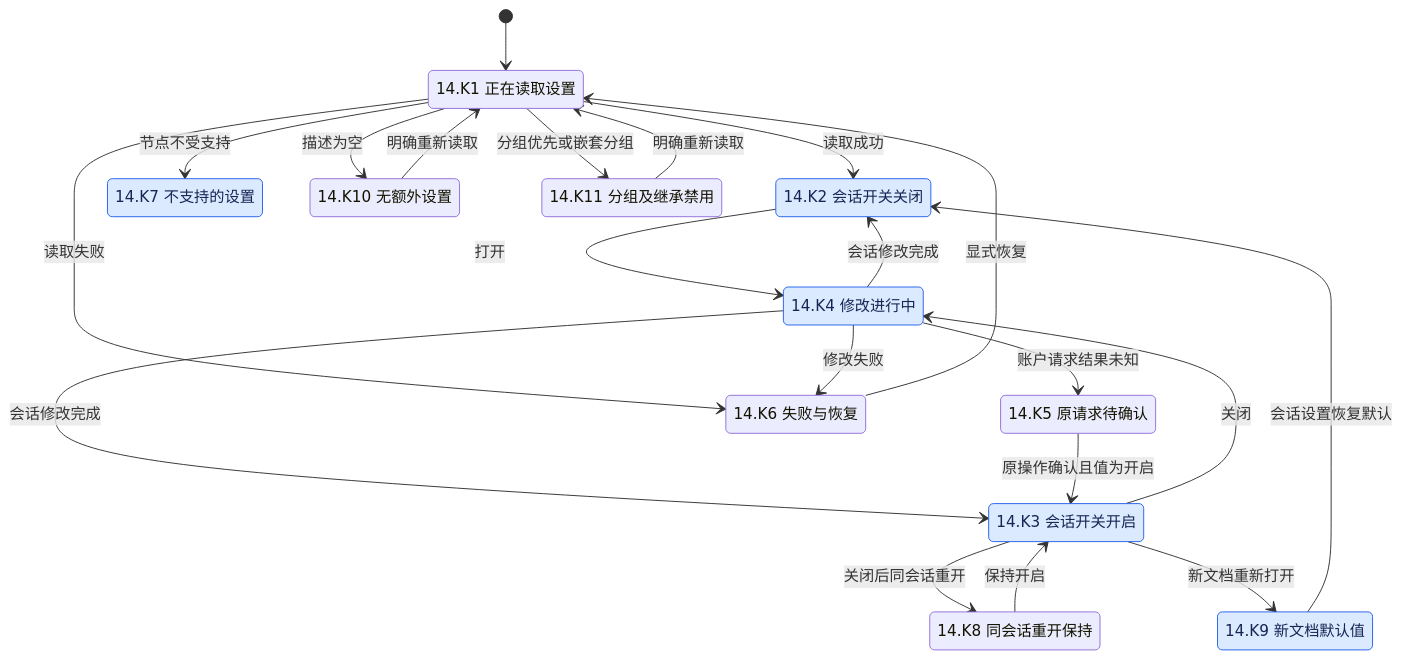
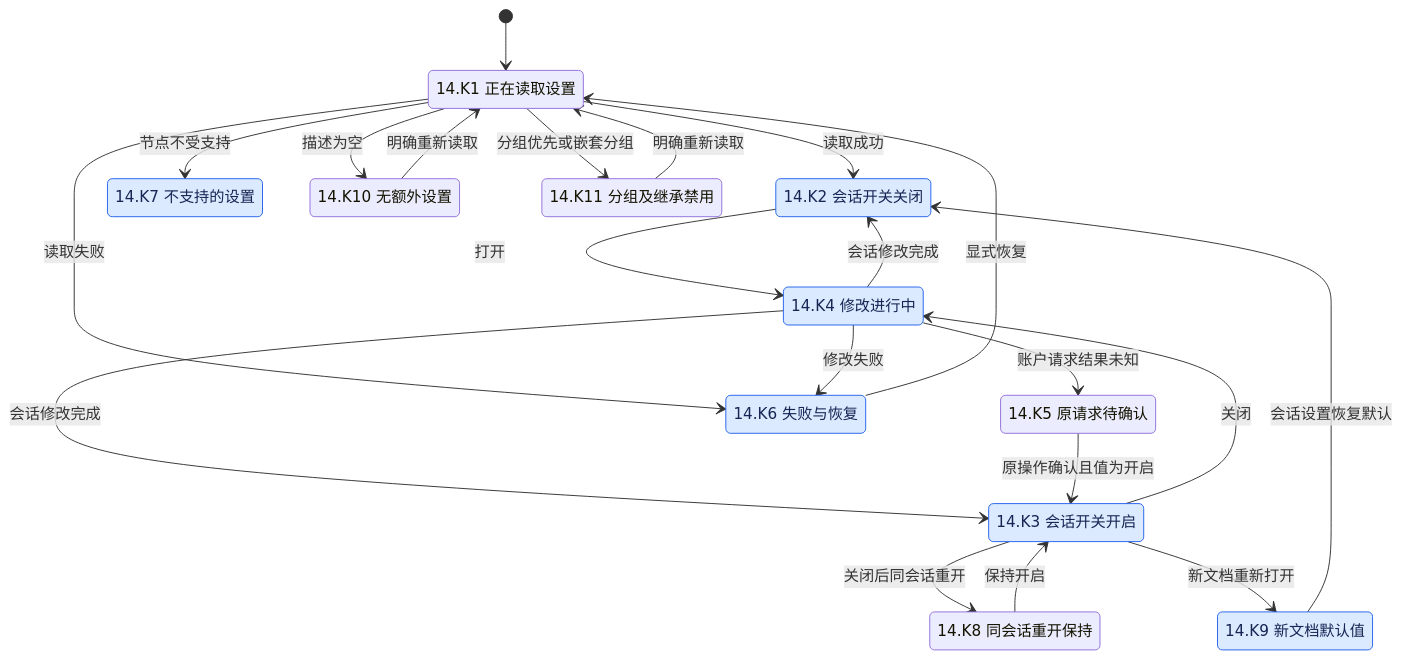
One commit to Wybxc/karuyomi changed diagram 19 of 21 in docs/verification/mihon-state-coverage.md. Above: the diagram before and after it, drawn with Mermaid. The commit also changed other lines of this file and 4 other files, not shown here.

````diff
--- a/docs/verification/mihon-state-coverage.md
+++ b/docs/verification/mihon-state-coverage.md
@@ -1690,36 +1690,36 @@
 ```mermaid
 stateDiagram-v2
     [*] --> LoadingPreferences
     state "14.K1 正在读取设置" as LoadingPreferences
     state "14.K2 会话开关关闭" as ToggleOff
     state "14.K3 会话开关开启" as ToggleOn
     state "14.K4 修改进行中" as ChangingPreference
     state "14.K5 原请求待确认" as PreferencePending
     state "14.K6 失败与恢复" as PreferenceFailed
     state "14.K7 不支持的设置" as UnsupportedPreference
     state "14.K8 同会话重开保持" as SessionReopened
     state "14.K9 新文档默认值" as NewDocument
     state "14.K10 无额外设置" as EmptyPreferences
     state "14.K11 分组及继承禁用" as GroupedPreferences
     LoadingPreferences --> ToggleOff: 读取成功
     LoadingPreferences --> PreferenceFailed: 读取失败
     ToggleOff --> ChangingPreference: 打开
     ToggleOn --> ChangingPreference: 关闭
     ChangingPreference --> ToggleOn: 会话修改完成
     ChangingPreference --> ToggleOff: 会话修改完成
     ChangingPreference --> PreferencePending: 账户请求结果未知
     ChangingPreference --> PreferenceFailed: 修改失败
     PreferencePending --> ToggleOn: 原操作确认且值为开启
     PreferenceFailed --> LoadingPreferences: 显式恢复
     ToggleOn --> SessionReopened: 关闭后同会话重开
     SessionReopened --> ToggleOn: 保持开启
     ToggleOn --> NewDocument: 新文档重新打开
     NewDocument --> ToggleOff: 会话设置恢复默认
     LoadingPreferences --> UnsupportedPreference: 节点不受支持
     LoadingPreferences --> EmptyPreferences: 描述为空
     LoadingPreferences --> GroupedPreferences: 分组优先或嵌套分组
     EmptyPreferences --> LoadingPreferences: 明确重新读取
     GroupedPreferences --> LoadingPreferences: 明确重新读取
     classDef paired fill:#dbeafe,color:#172554,stroke:#2563eb
-    class ToggleOff,ToggleOn,ChangingPreference,UnsupportedPreference,NewDocument paired
+    class ToggleOff,ToggleOn,ChangingPreference,PreferenceFailed,UnsupportedPreference,NewDocument paired
 ```
````
